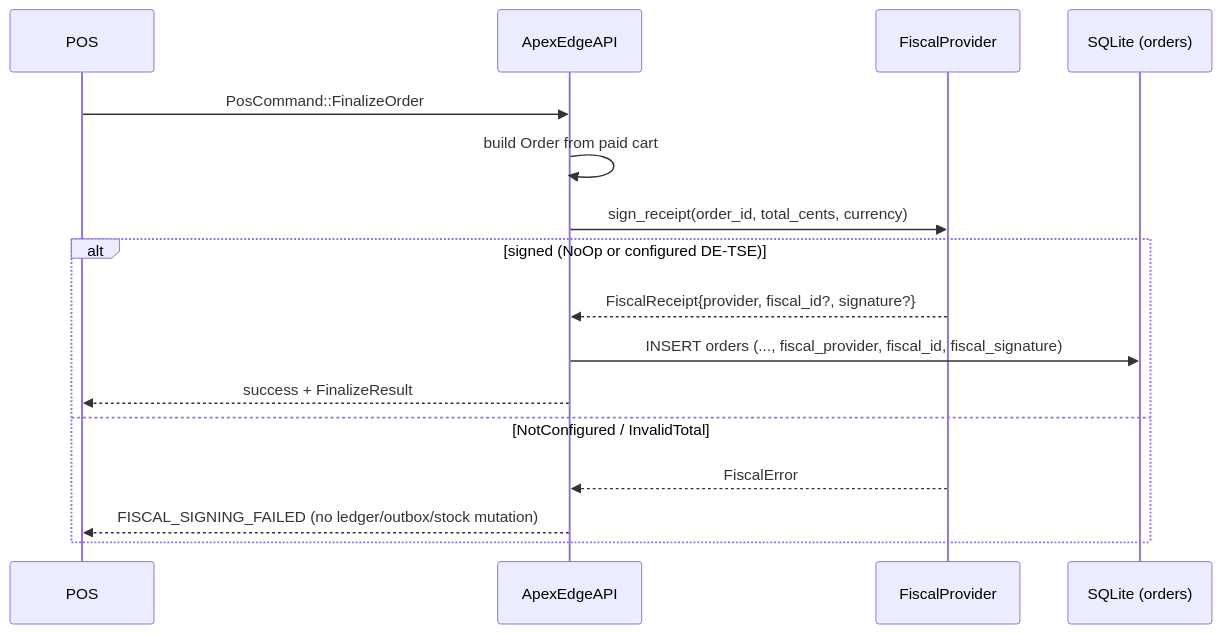
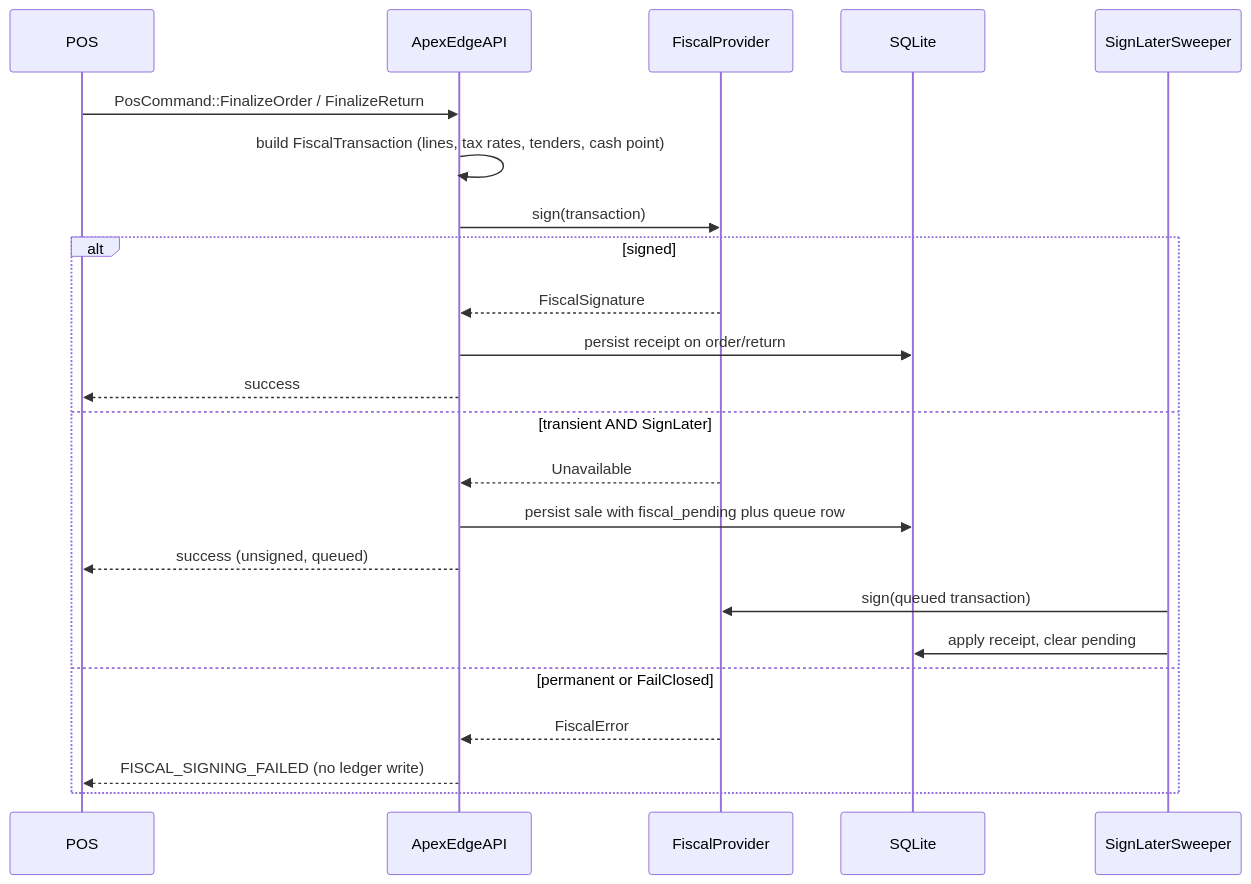
One commit to AncientiCe/apex-edge changed diagram 32 of 42 in docs/architecture/README.md. Above: the diagram before and after it, drawn with Mermaid. The commit also changed other lines of this file and 139 other files, not shown here.

````diff
--- a/docs/architecture/README.md
+++ b/docs/architecture/README.md
@@ -1051,19 +1062,26 @@
 ```mermaid
 sequenceDiagram
     participant POS
     participant API as ApexEdgeAPI
     participant Fiscal as FiscalProvider
-    participant DB as SQLite (orders)
+    participant DB as SQLite
+    participant Sweep as SignLaterSweeper
 
-    POS->>API: PosCommand::FinalizeOrder
-    API->>API: build Order from paid cart
-    API->>Fiscal: sign_receipt(order_id, total_cents, currency)
-    alt signed (NoOp or configured DE-TSE)
-        Fiscal-->>API: FiscalReceipt{provider, fiscal_id?, signature?}
-        API->>DB: INSERT orders (..., fiscal_provider, fiscal_id, fiscal_signature)
-        API-->>POS: success + FinalizeResult
-    else NotConfigured / InvalidTotal
+    POS->>API: PosCommand::FinalizeOrder / FinalizeReturn
+    API->>API: build FiscalTransaction (lines, tax rates, tenders, cash point)
+    API->>Fiscal: sign(transaction)
+    alt signed
+        Fiscal-->>API: FiscalSignature
+        API->>DB: persist receipt on order/return
+        API-->>POS: success
+    else transient AND SignLater
+        Fiscal-->>API: Unavailable
+        API->>DB: persist sale with fiscal_pending plus queue row
+        API-->>POS: success (unsigned, queued)
+        Sweep->>Fiscal: sign(queued transaction)
+        Sweep->>DB: apply receipt, clear pending
+    else permanent or FailClosed
         Fiscal-->>API: FiscalError
-        API-->>POS: FISCAL_SIGNING_FAILED (no ledger/outbox/stock mutation)
+        API-->>POS: FISCAL_SIGNING_FAILED (no ledger write)
     end
 ```
````
